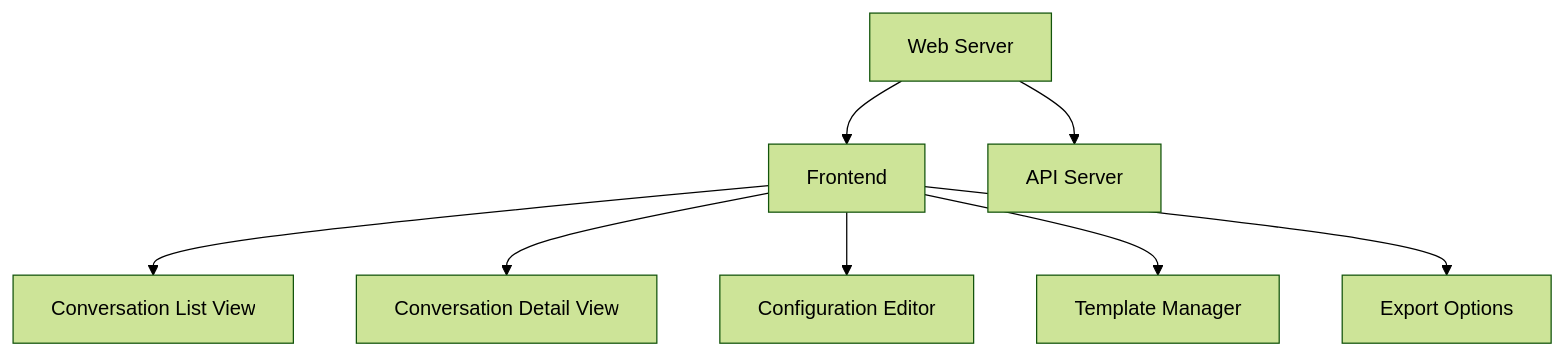
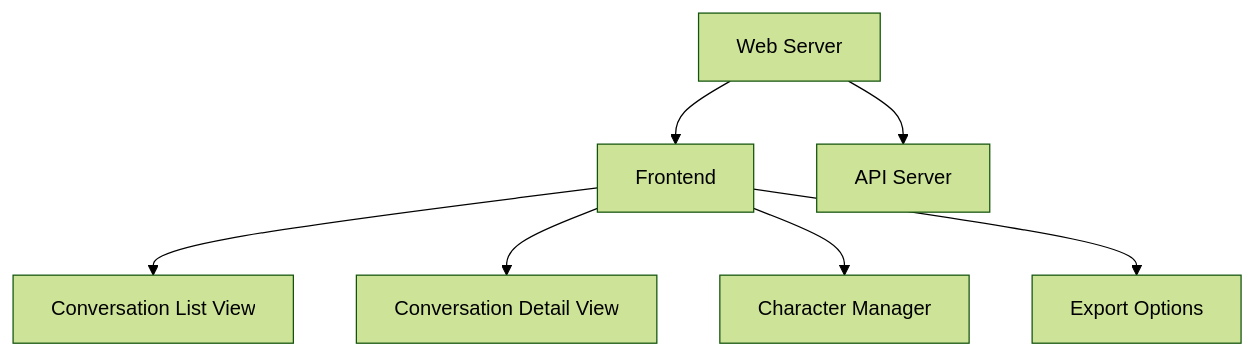
The eighth of 8 diagrams in llm-conversation-system-plan.md (rcavazza/llm-convo), drawn with Mermaid (forest theme) before and after one commit. The commit also changed other lines of this file and 19 other files, not shown here.

````diff
--- a/llm-conversation-system-plan.md
+++ b/llm-conversation-system-plan.md
@@ -187,10 +162,9 @@
 ```mermaid
 graph TD
     A[Web Server] --> B[Frontend]
     A --> C[API Server]
     B --> D[Conversation List View]
     B --> E[Conversation Detail View]
-    B --> F[Configuration Editor]
-    B --> G[Template Manager]
-    B --> H[Export Options]
+    B --> F[Character Manager]
+    B --> G[Export Options]
 ```
````
